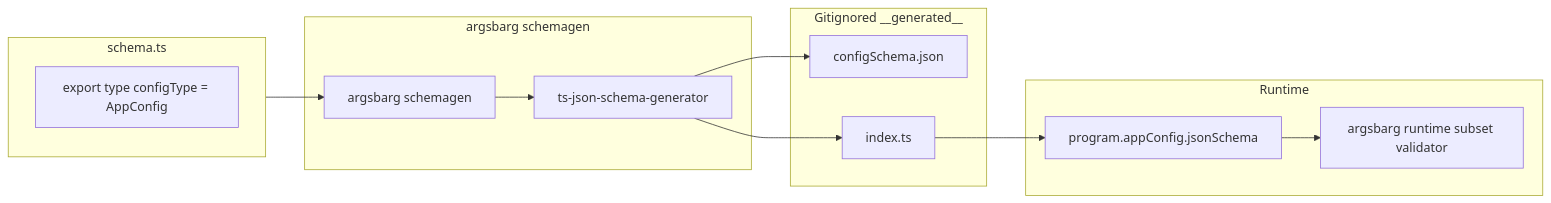
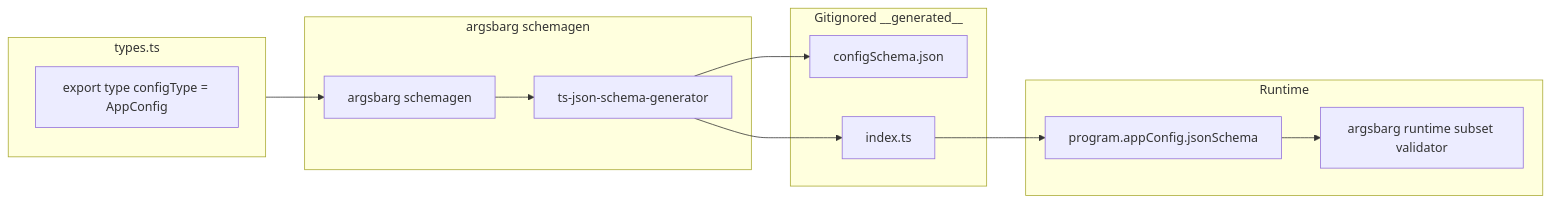
The diagram in docs/config-schema.md (bdombro/bun-argsbarg), drawn with Mermaid before and after one commit. The commit also changed other lines of this file and 30 other files, not shown here.

````diff
--- a/docs/config-schema.md
+++ b/docs/config-schema.md
@@ -143,20 +143,20 @@
 ```mermaid
 flowchart LR
-  subgraph types [schema.ts]
+  subgraph types [types.ts]
     Marker["export type configType = AppConfig"]
   end
   subgraph gen [argsbarg schemagen]
     Script["argsbarg schemagen"]
     Gen["ts-json-schema-generator"]
   end
   subgraph artifacts [Gitignored __generated__]
     Json["configSchema.json"]
     Index["index.ts"]
   end
   subgraph runtime [Runtime]
     Program["program.appConfig.jsonSchema"]
     Validate["argsbarg runtime subset validator"]
   end
   types --> Script --> Gen --> Json
   Gen --> Index --> Program --> Validate
 ```
````
